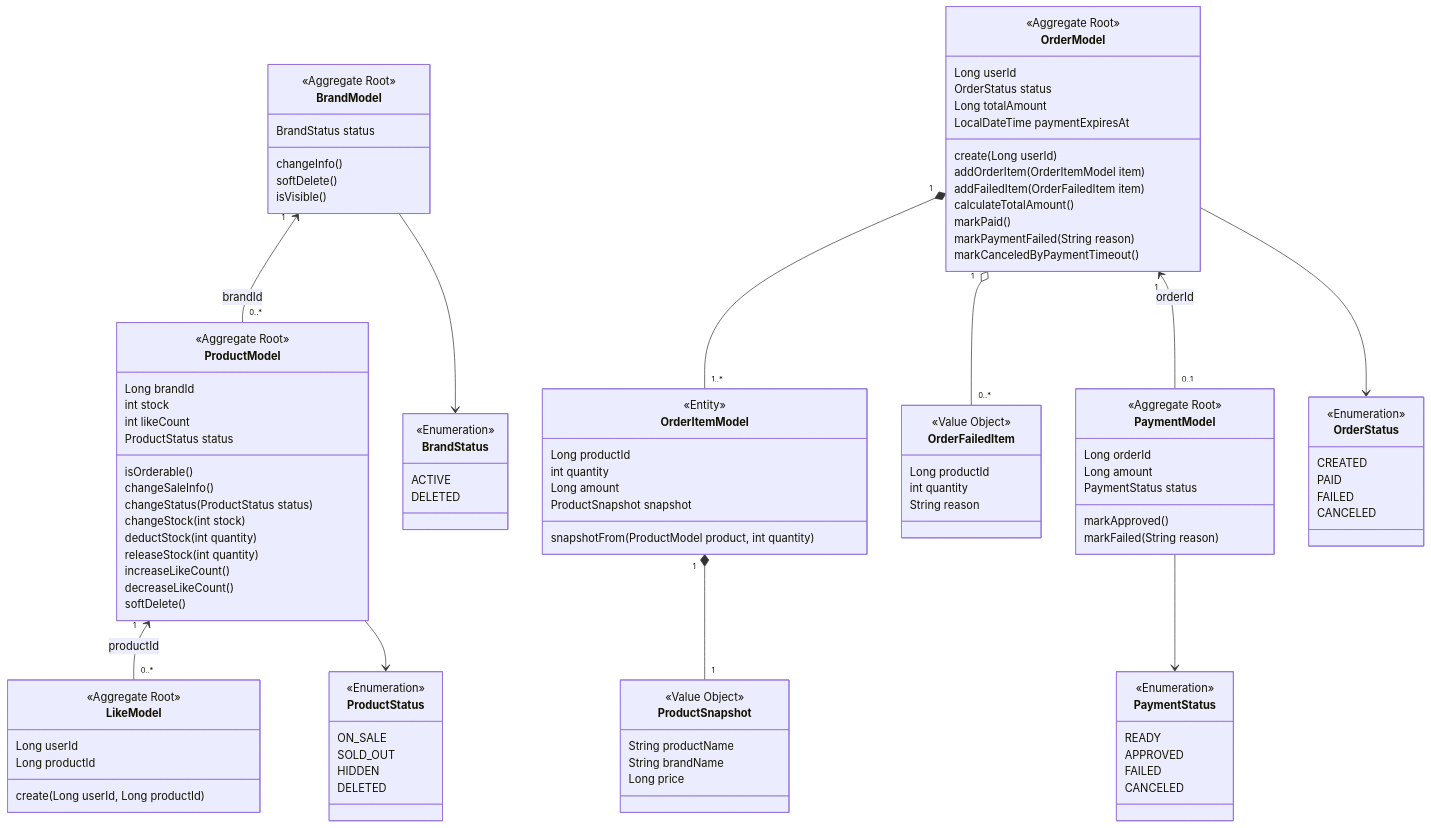
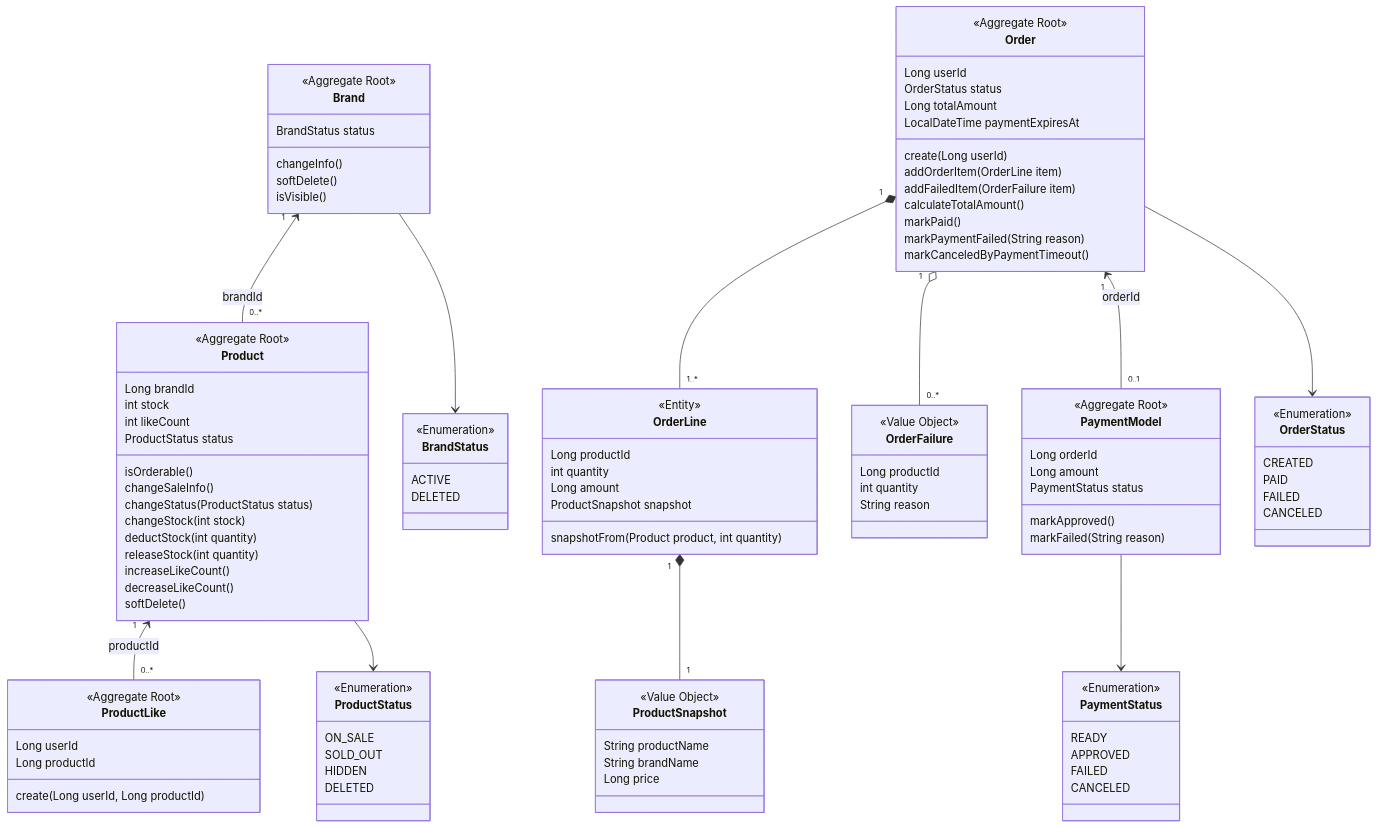
The first of 2 diagrams in docs/week2/03-class-diagram.md (loopers-labs/loop-pack-be-l2-vol4-java), drawn with Mermaid before and after one commit. The commit also changed other lines of this file and 6 other files, not shown here.

````diff
--- a/docs/week2/03-class-diagram.md
+++ b/docs/week2/03-class-diagram.md
@@ -22,6 +22,6 @@
 ```mermaid
 classDiagram
-    class BrandModel {
+    class Brand {
         <<Aggregate Root>>
         BrandStatus status
         changeInfo()
@@ -29,7 +29,7 @@
         isVisible()
     }
 
-    class ProductModel {
+    class Product {
         <<Aggregate Root>>
         Long brandId
         int stock
@@ -46,38 +46,38 @@
         softDelete()
     }
 
-    class LikeModel {
+    class ProductLike {
         <<Aggregate Root>>
         Long userId
         Long productId
         create(Long userId, Long productId)
     }
 
-    class OrderModel {
+    class Order {
         <<Aggregate Root>>
         Long userId
         OrderStatus status
         Long totalAmount
         LocalDateTime paymentExpiresAt
         create(Long userId)
-        addOrderItem(OrderItemModel item)
-        addFailedItem(OrderFailedItem item)
+        addOrderItem(OrderLine item)
+        addFailedItem(OrderFailure item)
         calculateTotalAmount()
         markPaid()
         markPaymentFailed(String reason)
         markCanceledByPaymentTimeout()
     }
 
-    class OrderItemModel {
+    class OrderLine {
         <<Entity>>
         Long productId
         int quantity
         Long amount
         ProductSnapshot snapshot
-        snapshotFrom(ProductModel product, int quantity)
+        snapshotFrom(Product product, int quantity)
     }
 
-    class OrderFailedItem {
+    class OrderFailure {
         <<Value Object>>
         Long productId
         int quantity
@@ -130,14 +130,14 @@
         CANCELED
     }
 
-    BrandModel "1" <-- "0..*" ProductModel : brandId
-    ProductModel "1" <-- "0..*" LikeModel : productId
-    OrderModel "1" *-- "1..*" OrderItemModel
-    OrderModel "1" o-- "0..*" OrderFailedItem
-    OrderItemModel "1" *-- "1" ProductSnapshot
-    OrderModel "1" <-- "0..1" PaymentModel : orderId
-    ProductModel --> ProductStatus
-    BrandModel --> BrandStatus
-    OrderModel --> OrderStatus
+    Brand "1" <-- "0..*" Product : brandId
+    Product "1" <-- "0..*" ProductLike : productId
+    Order "1" *-- "1..*" OrderLine
+    Order "1" o-- "0..*" OrderFailure
+    OrderLine "1" *-- "1" ProductSnapshot
+    Order "1" <-- "0..1" PaymentModel : orderId
+    Product --> ProductStatus
+    Brand --> BrandStatus
+    Order --> OrderStatus
     PaymentModel --> PaymentStatus
 ```
````
